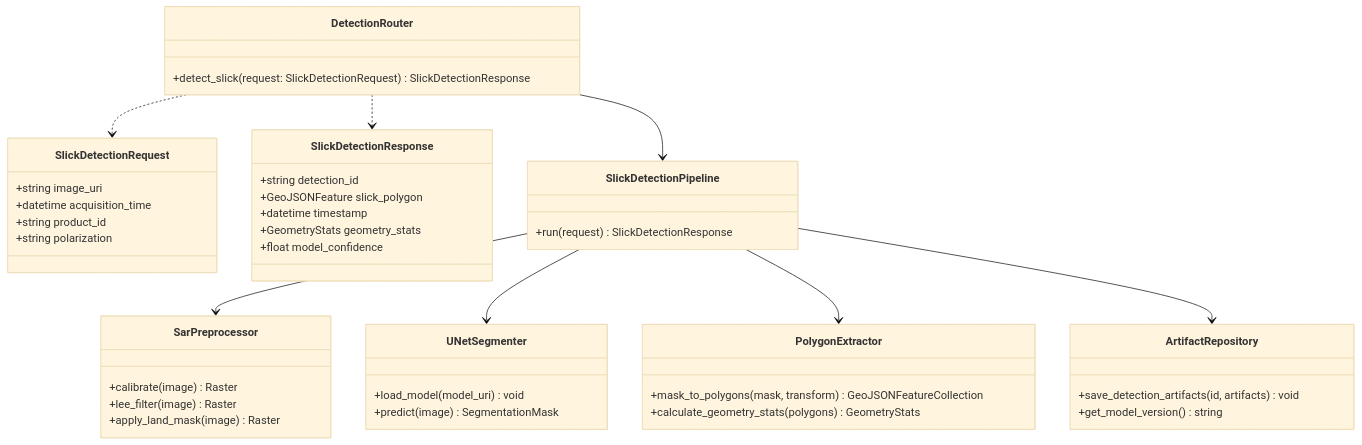
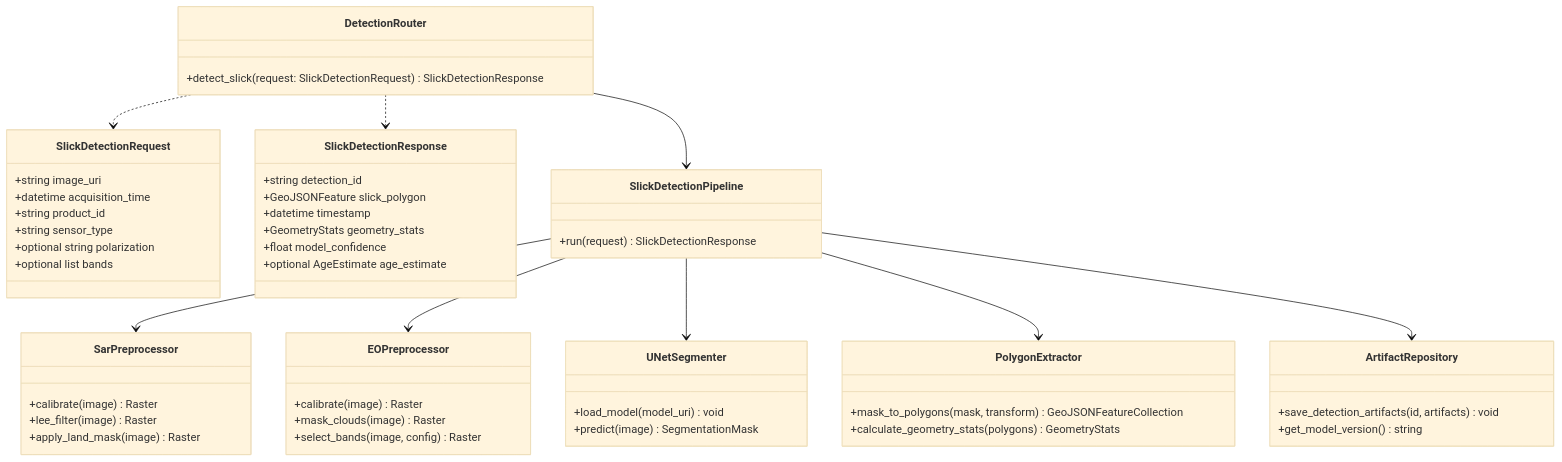
The fifth of 25 diagrams in ai-ml-maritime-oil-spill-architecture.md (ankushkumar14092-dot/sih-architecture), drawn with Mermaid (base theme) before and after one commit. The commit also changed other lines of this file and 1 other file, not shown here.

Commit message:
Align architecture with SIH26143 requirements

````diff
--- a/ai-ml-maritime-oil-spill-architecture.md
+++ b/ai-ml-maritime-oil-spill-architecture.md
@@ -226,47 +236,56 @@
 ```mermaid
 classDiagram
     class DetectionRouter {
         +detect_slick(request: SlickDetectionRequest) SlickDetectionResponse
     }
     class SlickDetectionRequest {
         +string image_uri
         +datetime acquisition_time
         +string product_id
-        +string polarization
+        +string sensor_type
+        +optional string polarization
+        +optional list bands
     }
     class SlickDetectionResponse {
         +string detection_id
         +GeoJSONFeature slick_polygon
         +datetime timestamp
         +GeometryStats geometry_stats
         +float model_confidence
+        +optional AgeEstimate age_estimate
     }
     class SlickDetectionPipeline {
         +run(request) SlickDetectionResponse
     }
     class SarPreprocessor {
         +calibrate(image) Raster
         +lee_filter(image) Raster
         +apply_land_mask(image) Raster
+    }
+    class EOPreprocessor {
+        +calibrate(image) Raster
+        +mask_clouds(image) Raster
+        +select_bands(image, config) Raster
     }
     class UNetSegmenter {
         +load_model(model_uri) void
         +predict(image) SegmentationMask
     }
     class PolygonExtractor {
         +mask_to_polygons(mask, transform) GeoJSONFeatureCollection
         +calculate_geometry_stats(polygons) GeometryStats
     }
     class ArtifactRepository {
         +save_detection_artifacts(id, artifacts) void
         +get_model_version() string
     }
 
     DetectionRouter --> SlickDetectionPipeline
     SlickDetectionPipeline --> SarPreprocessor
+    SlickDetectionPipeline --> EOPreprocessor
     SlickDetectionPipeline --> UNetSegmenter
     SlickDetectionPipeline --> PolygonExtractor
     SlickDetectionPipeline --> ArtifactRepository
     DetectionRouter ..> SlickDetectionRequest
     DetectionRouter ..> SlickDetectionResponse
 ```
````
